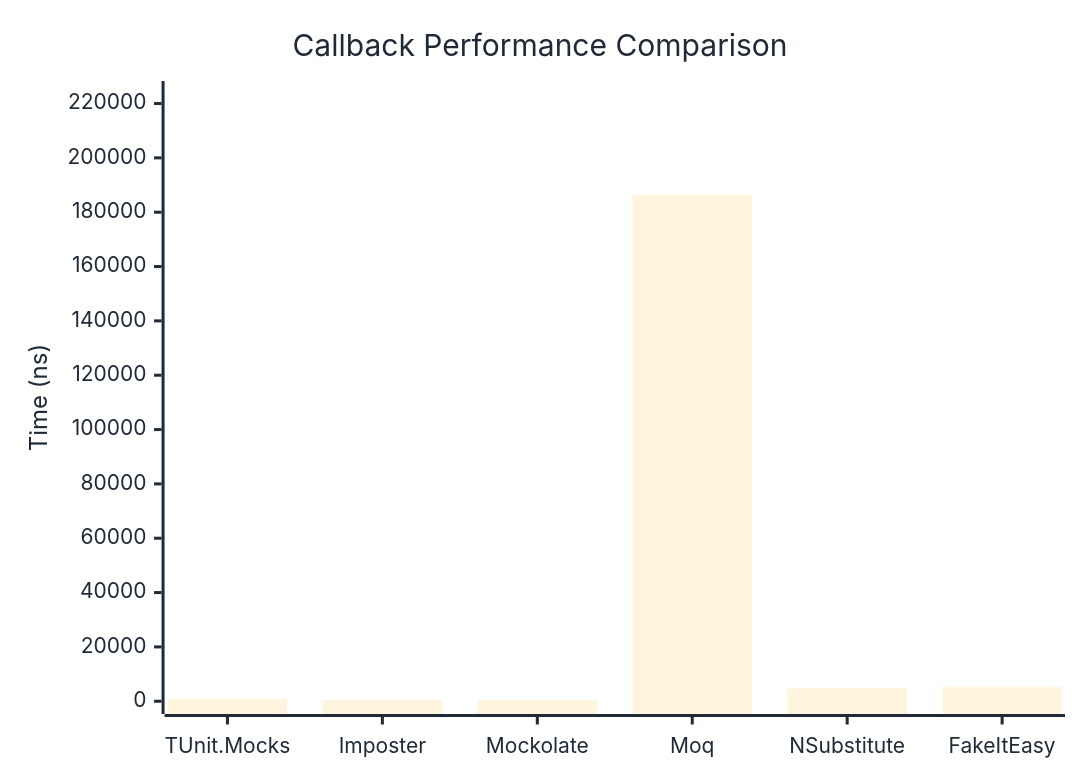
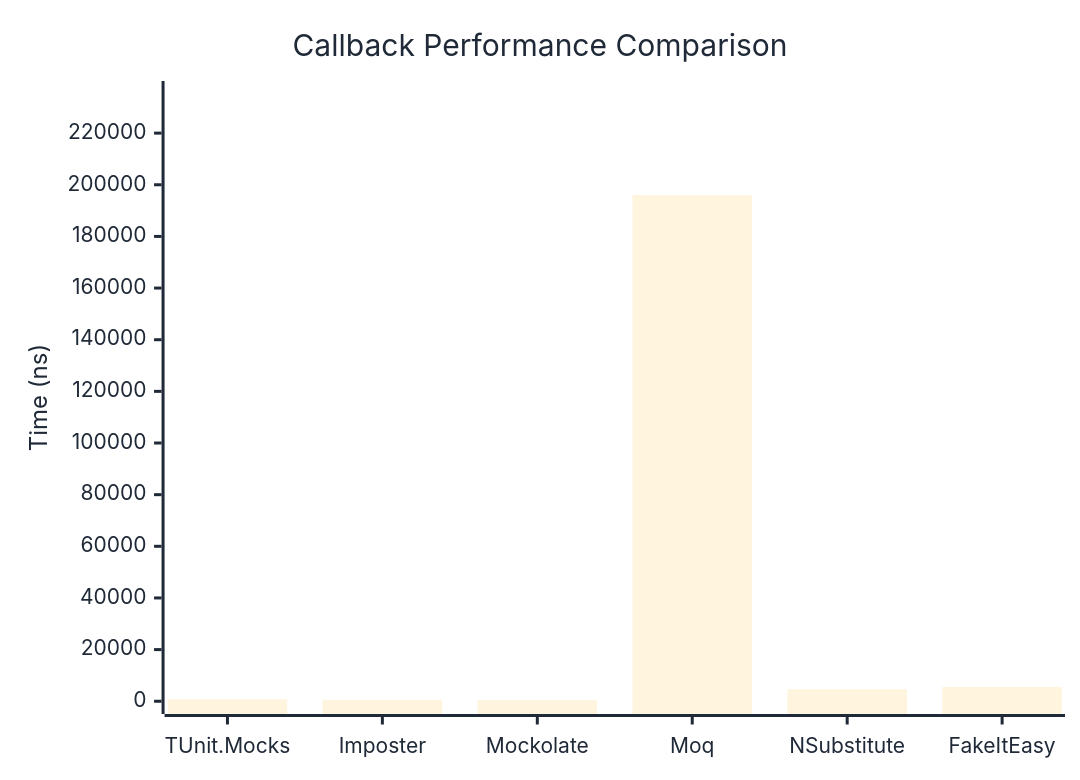
One commit to thomhurst/TUnit changed the first of 2 diagrams in docs/docs/benchmarks/mocks/Callback.md. Above: the diagram before and after it, drawn with Mermaid. The commit also changed other lines of this file and 14 other files, not shown here.

````diff
--- a/docs/docs/benchmarks/mocks/Callback.md
+++ b/docs/docs/benchmarks/mocks/Callback.md
@@ -30,27 +30,27 @@
 ```mermaid
 %%{init: {
   'theme':'base',
   'themeVariables': {
     'primaryColor': '#2563eb',
     'primaryTextColor': '#1f2937',
     'primaryBorderColor': '#1e40af',
     'lineColor': '#6b7280',
     'secondaryColor': '#7c3aed',
     'tertiaryColor': '#dc2626',
     'background': '#ffffff',
     'pie1': '#2563eb',
     'pie2': '#7c3aed',
     'pie3': '#dc2626',
     'pie4': '#f59e0b',
     'pie5': '#10b981',
     'pie6': '#06b6d4',
     'pie7': '#ec4899',
     'pie8': '#6366f1'
   }
 }}%%
 xychart-beta
   title "Callback Performance Comparison"
   x-axis ["TUnit.Mocks", "Imposter", "Mockolate", "Moq", "NSubstitute", "FakeItEasy"]
-  y-axis "Time (ns)" 0 --> 223601
-  bar [760.4, 482.9, 366.5, 186333.5, 4731.2, 5382.5]
+  y-axis "Time (ns)" 0 --> 235248
+  bar [779.8, 555.6, 415.8, 196039.9, 4652.9, 5550.9]
 ```
````
